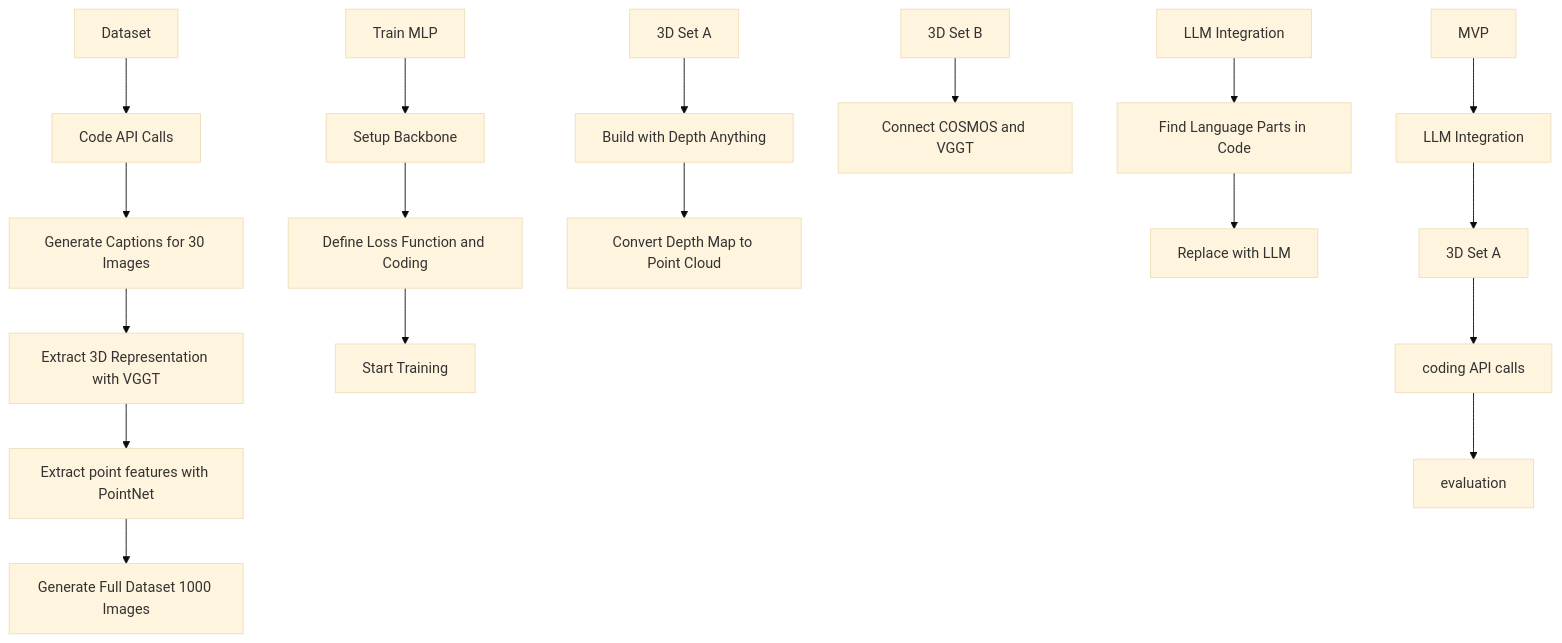
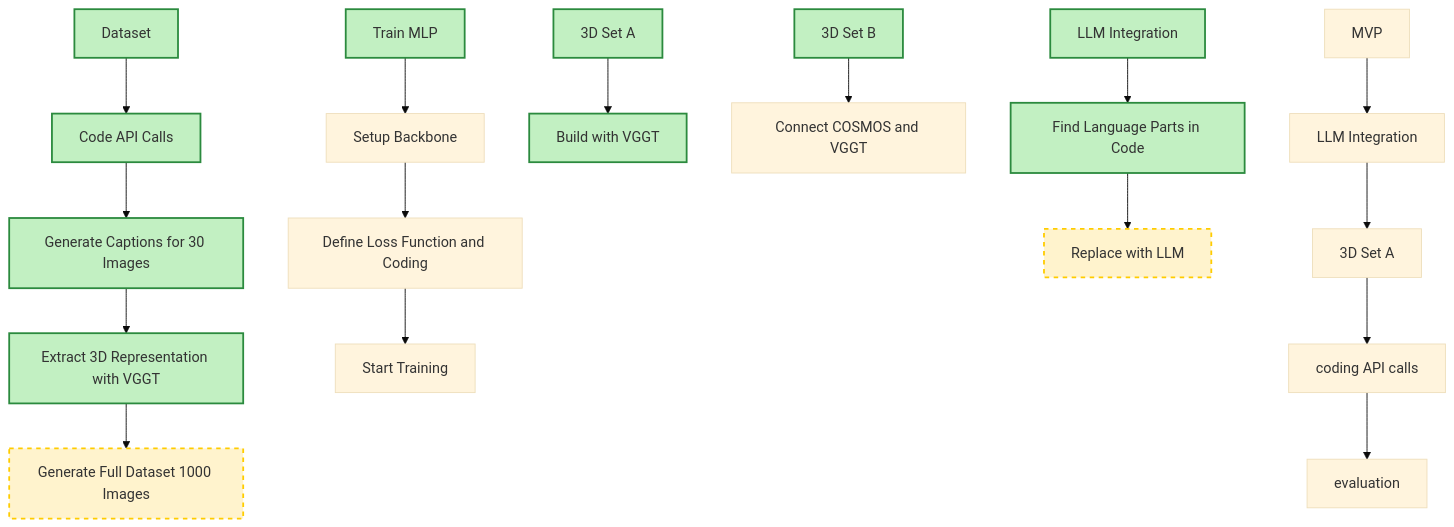
The diagram in README.md (EV-Honolulu/3D-VIoLA), drawn with Mermaid (base theme) before and after one commit.

````diff
--- a/README.md
+++ b/README.md
@@ -11,25 +11,35 @@
 ```mermaid
     flowchart TD
     A[Dataset] --> A1[Code API Calls]
     A1 --> A2[Generate Captions for 30 Images]
     A2 --> A3[Extract 3D Representation with VGGT]
-    A3 --> A4[Extract point features with PointNet]
-    A4 --> A5[Generate Full Dataset 1000 Images]
+    A3 --> A4[Generate Full Dataset 1000 Images]
 
     C[Train MLP] --> C1[Setup Backbone]
     C1 --> C2[Define Loss Function and Coding]
     C2 --> C3[Start Training]
 
-    D[3D Set A] --> D1[Build with Depth Anything]
-    D1 --> D2[Convert Depth Map to Point Cloud]
+    D[3D Set A] --> D1[Build with VGGT]
 
     B[3D Set B] --> B1[Connect COSMOS and VGGT]
 
     E[LLM Integration] --> E1[Find Language Parts in Code]
     E1 --> E2[Replace with LLM]
 
     F[MVP] --> F1[LLM Integration]
     F1 --> F2[3D Set A]
     F2 --> F3[coding API calls]
     F3 --> F4[evaluation]
+
+    classDef completed fill:#c2f0c2,stroke:#2b8a3e,stroke-width:2px;
+    classDef inprogress fill:#fff3cd,stroke:#ffcc00,stroke-width:2px,stroke-dasharray: 5 5;
+
+    class A,A1,A2,A3 completed;
+    class B completed;
+    class C completed;
+    class D,D1 completed;
+    class E,E1 completed;
+    class A4 inprogress;
+    class E2 inprogress;
+    
 ```
````
